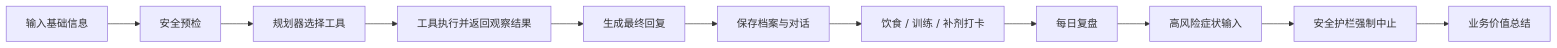
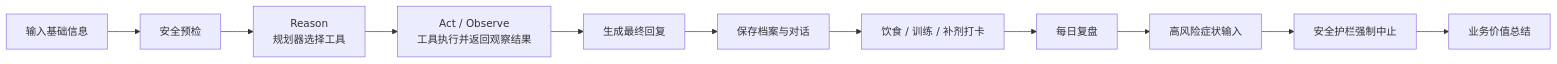
Before and after one commit to xli561980-ship-it/psmf-agent: the diagram in docs/demo-walkthrough.md, drawn with Mermaid. The commit also changed other lines of this file and 3 other files, not shown here.

````diff
--- a/docs/demo-walkthrough.md
+++ b/docs/demo-walkthrough.md
@@ -35,13 +35,13 @@
 ```mermaid
 flowchart LR
     A["输入基础信息"] --> B["安全预检"]
-    B --> C["规划器选择工具"]
-    C --> D["工具执行并返回观察结果"]
+    B --> C["Reason<br/>规划器选择工具"]
+    C --> D["Act / Observe<br/>工具执行并返回观察结果"]
     D --> E["生成最终回复"]
     E --> F["保存档案与对话"]
     F --> G["饮食 / 训练 / 补剂打卡"]
     G --> H["每日复盘"]
     H --> I["高风险症状输入"]
     I --> J["安全护栏强制中止"]
     J --> K["业务价值总结"]
 ```
````
